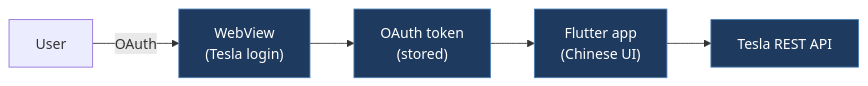
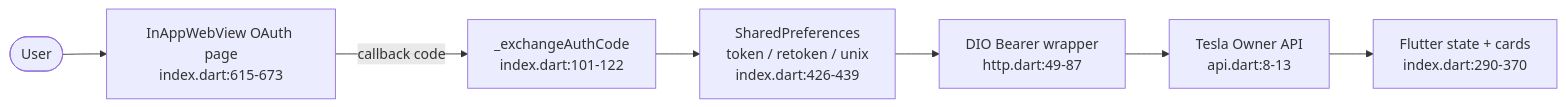
One commit to babico/TeslaCANModder changed the first of 2 diagrams in docs/legacy/jiezaichan-teslaAuthFlutter.md. Above: the diagram before and after it, drawn with Mermaid. The commit also changed other lines of this file and 99 other files, not shown here.

````diff
--- a/docs/legacy/jiezaichan-teslaAuthFlutter.md
+++ b/docs/legacy/jiezaichan-teslaAuthFlutter.md
@@ -26,9 +115,9 @@
 ```mermaid
 flowchart LR
-    User["User"] -->|OAuth| WebView["WebView<br/>(Tesla login)"]
-    WebView --> Token["OAuth token<br/>(stored)"]
-    Token --> App["Flutter app<br/>(Chinese UI)"]
-    App --> REST["Tesla REST API"]
-    classDef path fill:#1e3a5f,stroke:#4a7fb5,color:#fff
-    class WebView,Token,App,REST path
+    User([User]) --> WebView["InAppWebView OAuth page<br/>index.dart:615-673"]
+    WebView -->|callback code| Exchange["_exchangeAuthCode<br/>index.dart:101-122"]
+    Exchange --> Store["SharedPreferences<br/>token / retoken / unix<br/>index.dart:426-439"]
+    Store --> Http["DIO Bearer wrapper<br/>http.dart:49-87"]
+    Http --> Owner["Tesla Owner API<br/>api.dart:8-13"]
+    Owner --> UI["Flutter state + cards<br/>index.dart:290-370"]
 ```
````
